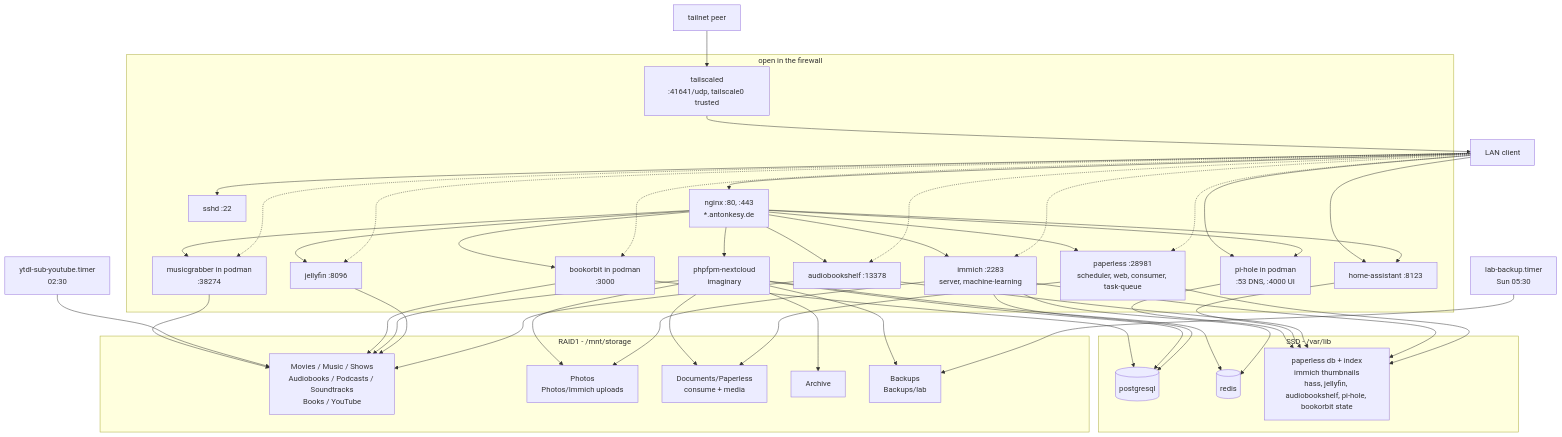
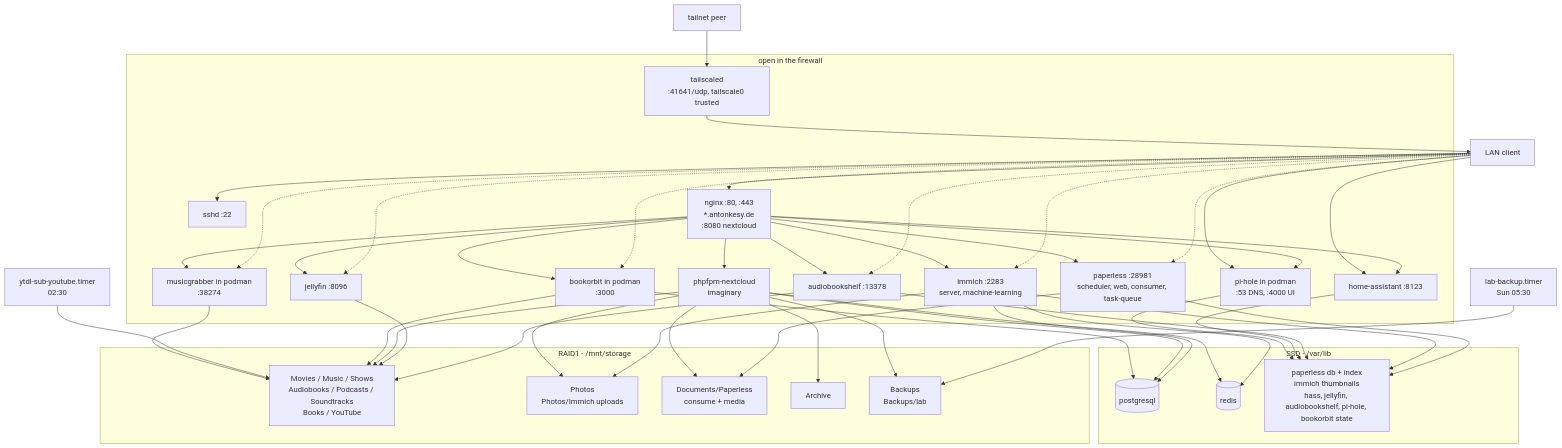
Before and after one commit to antonkesy/home-server: the second of 2 diagrams in README.md, drawn with Mermaid. The commit also changed other lines of this file and 3 other files, not shown here.

````diff
--- a/README.md
+++ b/README.md
@@ -49,57 +49,57 @@
 ```mermaid
 flowchart TD
   client["LAN client"]
 
   subgraph fw["open in the firewall"]
     ssh["sshd :22"]
     ts["tailscaled<br>:41641/udp, tailscale0 trusted"]
     ph["pi-hole in podman<br>:53 DNS, :4000 UI"]
     has["home-assistant :8123"]
-    ngx["nginx :80, :443<br>*.antonkesy.de"]
+    ngx["nginx :80, :443<br>*.antonkesy.de<br>:8080 nextcloud"]
     ncb["phpfpm-nextcloud<br>imaginary"]
     jfb["jellyfin :8096"]
     abs["audiobookshelf :13378"]
     plb["paperless :28981<br>scheduler, web, consumer, task-queue"]
     imb["immich :2283<br>server, machine-learning"]
     mgb["musicgrabber in podman<br>:38274"]
     bob["bookorbit in podman<br>:3000"]
   end
 
   yts["ytdl-sub-youtube.timer<br>02:30"]
 
   subgraph ssdg["SSD - /var/lib"]
     pg[("postgresql")]
     rd[("redis")]
     st["paperless db + index<br>immich thumbnails<br>hass, jellyfin, audiobookshelf, pi-hole, bookorbit state"]
   end
 
   subgraph raid["RAID1 - /mnt/storage"]
     med["Movies / Music / Shows<br>Audiobooks / Podcasts / Soundtracks<br>Books / YouTube"]
     pho["Photos<br>Photos/Immich uploads"]
     doc["Documents/Paperless<br>consume + media"]
     arc["Archive"]
     bak["Backups<br>Backups/lab"]
   end
 
   client --> ssh & ph & has
   remote["tailnet peer"] --> ts --> client
   client --> ngx
   ngx --> ncb & has & jfb & abs & plb & imb & mgb & bob & ph
   client -.-> jfb & abs & plb & imb & mgb & bob
   mgb --> med
   yts --> med
   bob --> pg
   bob --> med
   ph --> st
   has --> st
   ncb --> pg & rd
   ncb --> med & pho & doc & arc & bak
   jfb --> med
   abs --> med
   abs --> st
   imb --> pg & rd & st
   imb --> pho
   plb --> doc
   plb --> st
   tb["lab-backup.timer<br>Sun 05:30"] --> bak
 ```
````
